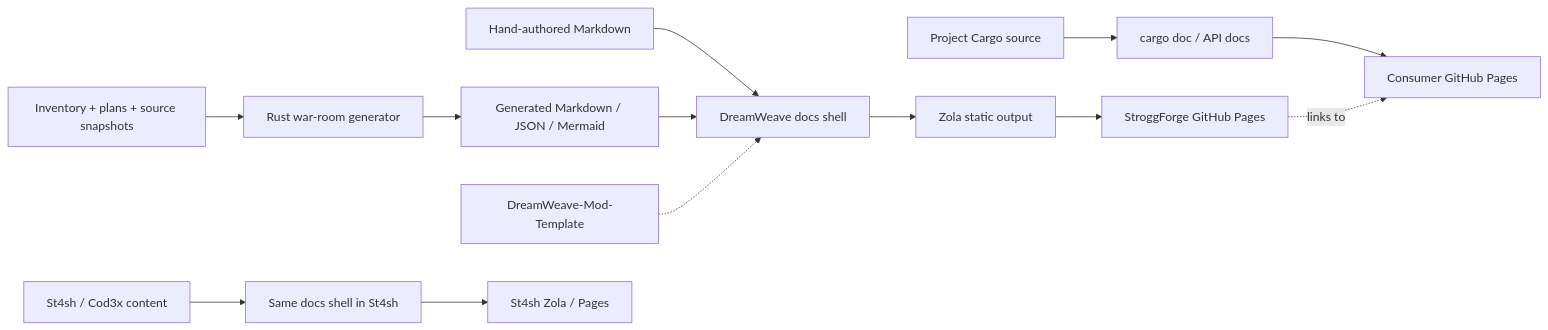
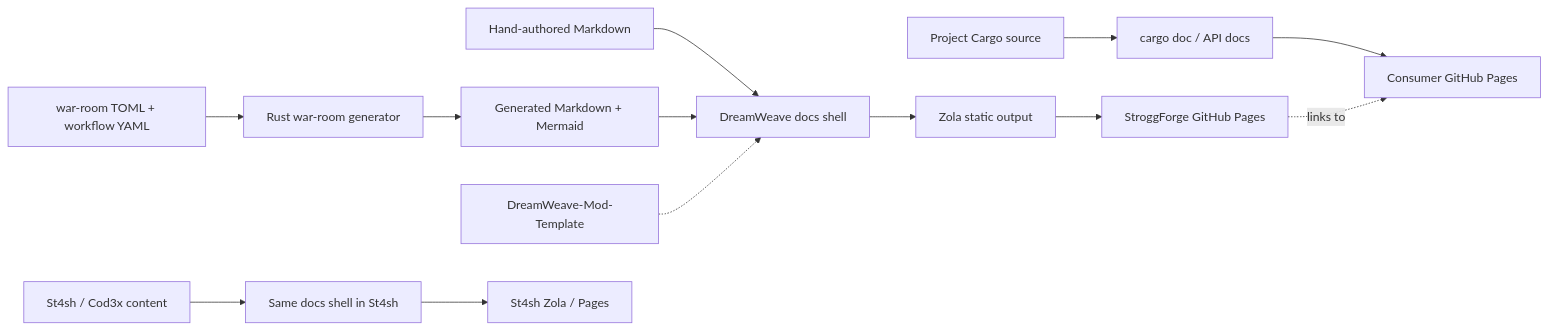
Before and after one commit to DreamWeave-MP/StroggForge: the diagram in site/maps/documentation.mmd, drawn with Mermaid. The commit also changed 17 other files, not shown here.

Commit message:
DOCS: Rewrite the war room's pages in the house voice and draw structure with schematics, not glyphs

```diff
--- a/site/maps/documentation.mmd
+++ b/site/maps/documentation.mmd
@@ -1,13 +1,13 @@
 flowchart LR
   cargo["Project Cargo source"] --> rustdoc["cargo doc / API docs"]
   rustdoc --> api["Consumer GitHub Pages"]
-  metadata["Inventory + plans + source snapshots"] --> rust["Rust war-room generator"]
-  rust --> markdown["Generated Markdown / JSON / Mermaid"]
+  metadata["war-room TOML + workflow YAML"] --> rust["Rust war-room generator"]
+  rust --> markdown["Generated Markdown + Mermaid"]
   manuals["Hand-authored Markdown"] --> shell["DreamWeave docs shell"]
   markdown --> shell
   template["DreamWeave-Mod-Template"] -.-> shell
   shell --> zola["Zola static output"]
   zola --> pages["StroggForge GitHub Pages"]
   stash["St4sh / Cod3x content"] --> stashshell["Same docs shell in St4sh"]
   stashshell --> stashpages["St4sh Zola / Pages"]
   pages -.->|"links to"| api
```
